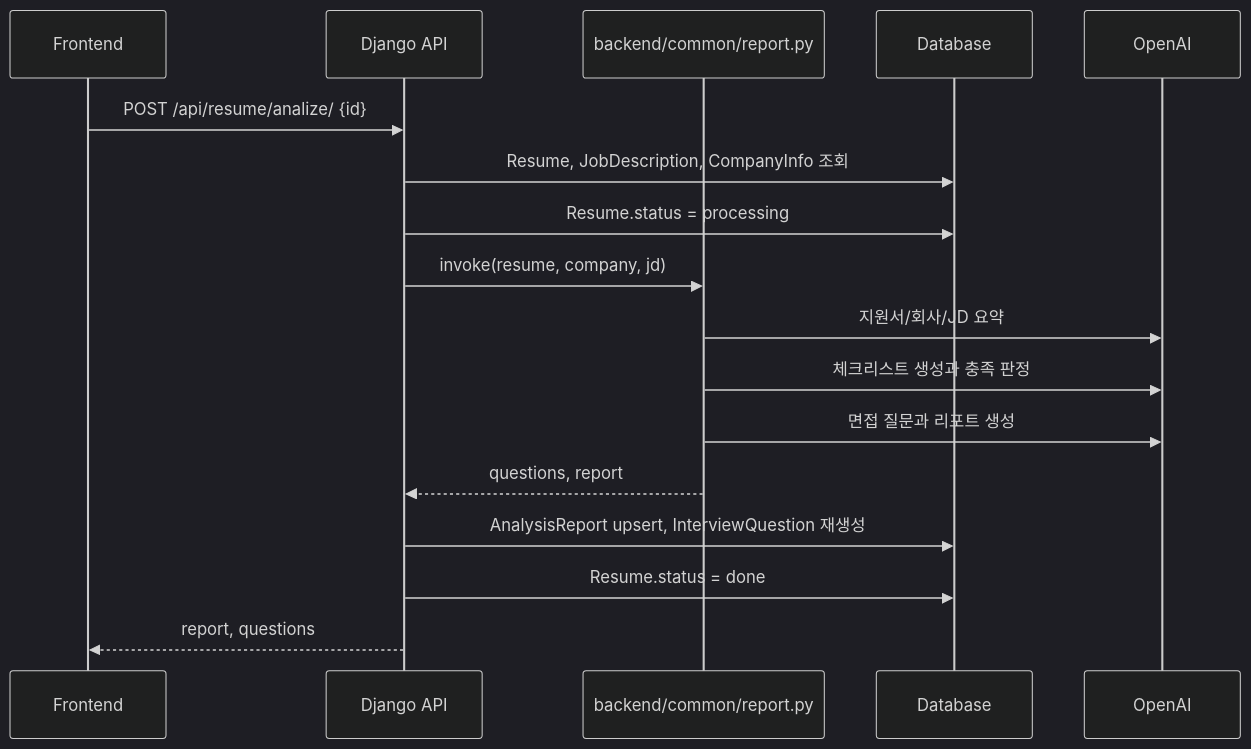
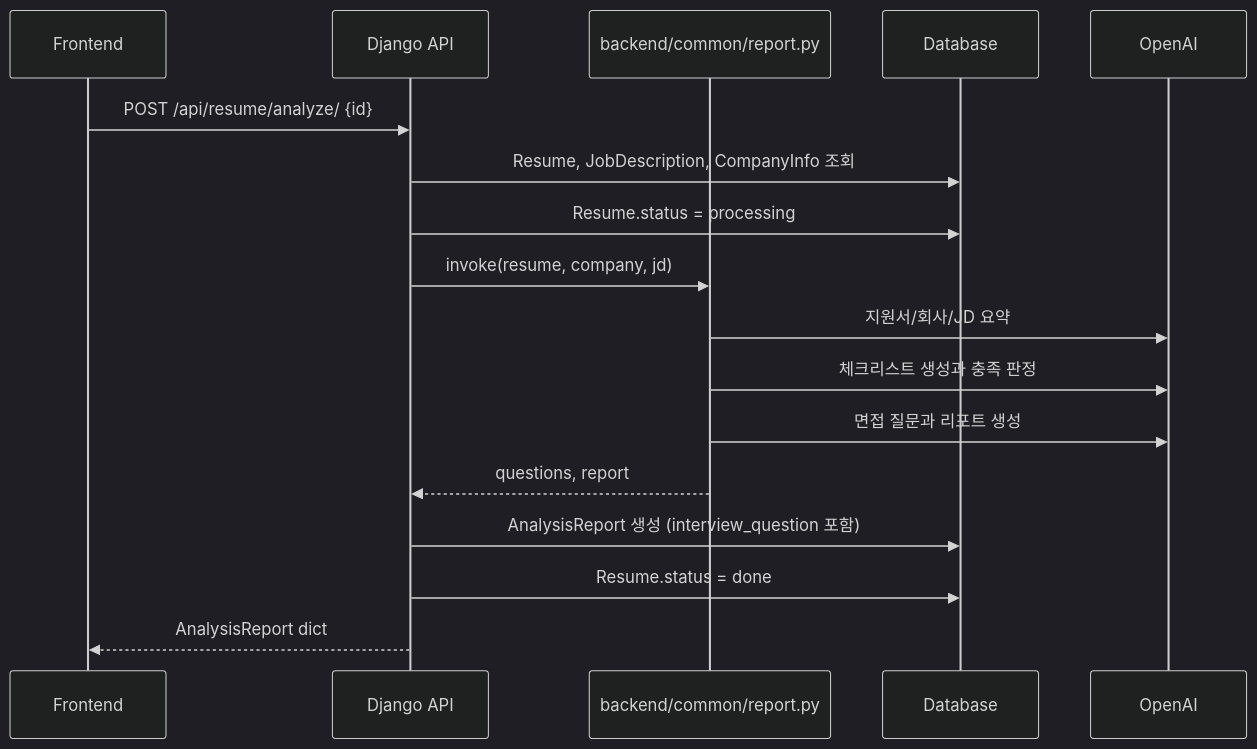
Before and after one commit to SKN26-Final-1st/Final_project: the second of 3 diagrams in docs/02-architecture/data-flow.md, drawn with Mermaid (dark theme). The commit also changed other lines of this file and 2 other files, not shown here.

First line of the commit message:
docs(architecture): reflect views package split and data flow changes

````diff
--- a/docs/02-architecture/data-flow.md
+++ b/docs/02-architecture/data-flow.md
@@ -55,20 +54,20 @@
 ```mermaid
 sequenceDiagram
   participant UI as Frontend
   participant API as Django API
   participant Report as backend/common/report.py
   participant DB as Database
   participant LLM as OpenAI
 
-  UI->>API: POST /api/resume/analize/ {id}
+  UI->>API: POST /api/resume/analyze/ {id}
   API->>DB: Resume, JobDescription, CompanyInfo 조회
   API->>DB: Resume.status = processing
   API->>Report: invoke(resume, company, jd)
   Report->>LLM: 지원서/회사/JD 요약
   Report->>LLM: 체크리스트 생성과 충족 판정
   Report->>LLM: 면접 질문과 리포트 생성
   Report-->>API: questions, report
-  API->>DB: AnalysisReport upsert, InterviewQuestion 재생성
+  API->>DB: AnalysisReport 생성 (interview_question 포함)
   API->>DB: Resume.status = done
-  API-->>UI: report, questions
+  API-->>UI: AnalysisReport dict
 ```
````
